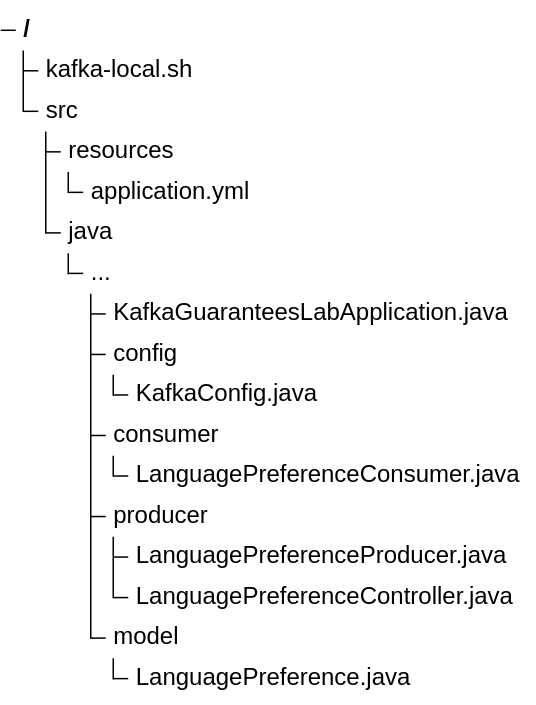
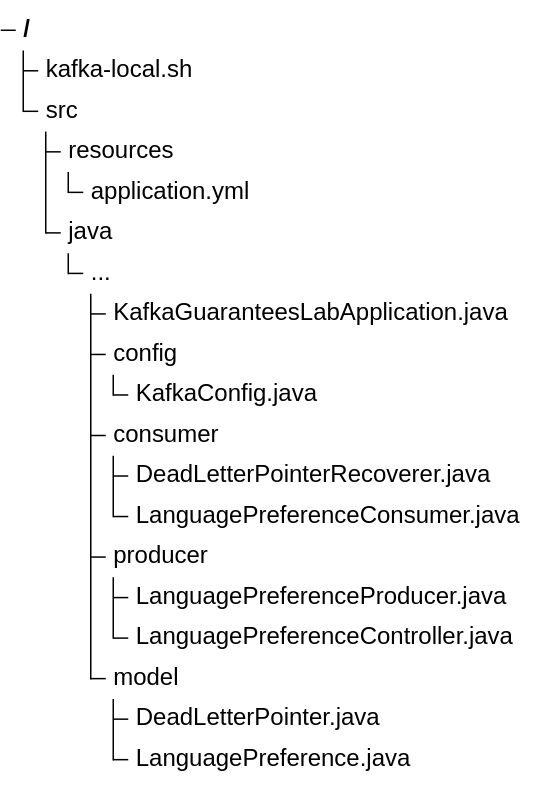
One commit to bhanafee/KafkaGuaranteesLab changed the fourth of 4 diagrams in README.md. Above: the diagram before and after it, drawn with Mermaid. The commit also changed other lines of this file and 11 other files, not shown here.

First line of the commit message:
Dead-letter failed records by pointer and surface publish failures

````diff
--- a/README.md
+++ b/README.md
@@ -303,19 +416,21 @@
 ```mermaid
 treeView-beta
     "kafka-local.sh"
     "src"
         "resources"
             "application.yml"
         "java"
             "..."
                 "KafkaGuaranteesLabApplication.java"
                 "config"
                     "KafkaConfig.java"
                 "consumer"
+                    "DeadLetterPointerRecoverer.java"
                     "LanguagePreferenceConsumer.java"
                 "producer"
                     "LanguagePreferenceProducer.java"
                     "LanguagePreferenceController.java"
                 "model"
+                    "DeadLetterPointer.java"
                     "LanguagePreference.java"
 ```
````
